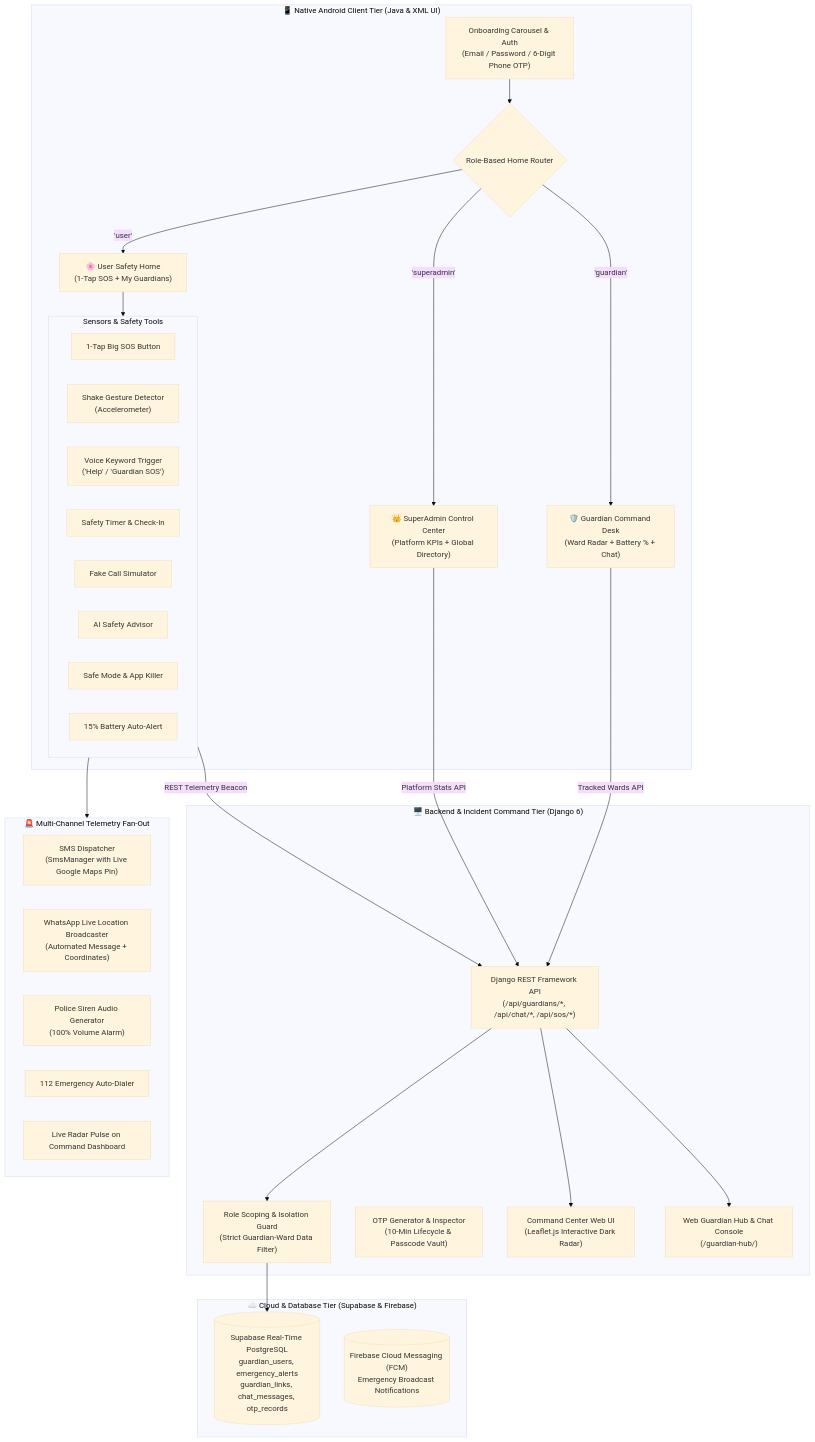
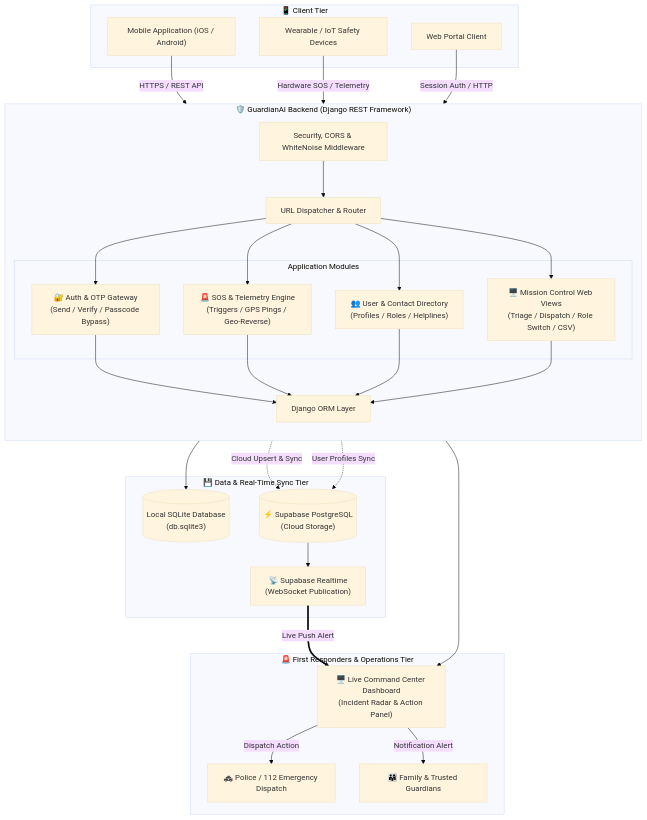
One commit to satyakiran29/GuardianAI_Backend changed the first of 2 diagrams in README.md. Above: the diagram before and after it, drawn with Mermaid (base theme). The commit also changed other lines of this file and 2 other files, not shown here.

First line of the commit message:
Refresh docs and backend URL

````diff
--- a/README.md
+++ b/README.md
@@ -117,51 +51,58 @@
 ```mermaid
-graph TB
-    subgraph ClientTier ["📱 Native Android Client Tier (Java & XML UI)"]
-        A1["Onboarding Carousel & Auth<br/>(Email / Password / 6-Digit Phone OTP)"] --> Router{"Role-Based Home Router"}
-        Router -->|'user'| UH["🌸 User Safety Home<br/>(1-Tap SOS + My Guardians)"]
-        Router -->|'guardian'| GH["🛡️ Guardian Command Desk<br/>(Ward Radar + Battery % + Chat)"]
-        Router -->|'superadmin'| SH["👑 SuperAdmin Control Center<br/>(Platform KPIs + Global Directory)"]
-        
-        subgraph SafetyEngines ["Sensors & Safety Tools"]
-            S1["1-Tap Big SOS Button"]
-            S2["Shake Gesture Detector<br/>(Accelerometer)"]
-            S3["Voice Keyword Trigger<br/>('Help' / 'Guardian SOS')"]
-            S4["Safety Timer & Check-In"]
-            S5["Fake Call Simulator"]
-            S6["AI Safety Advisor"]
-            S7["Safe Mode & App Killer"]
-            S8["15% Battery Auto-Alert"]
-        end
-        UH --> SafetyEngines
+flowchart TB
+    subgraph CLIENTS["📱 Client Tier"]
+        MA["Mobile Application (iOS / Android)"]
+        IOT["Wearable / IoT Safety Devices"]
+        WEB_CLIENT["Web Portal Client"]
     end
 
-    subgraph BackendTier ["🖥️ Backend & Incident Command Tier (Django 6)"]
-        B1["Django REST Framework API<br/>(/api/guardians/*, /api/chat/*, /api/sos/*)"]
-        B2["Role Scoping & Isolation Guard<br/>(Strict Guardian-Ward Data Filter)"]
-        B3["OTP Generator & Inspector<br/>(10-Min Lifecycle & Passcode Vault)"]
-        B4["Command Center Web UI<br/>(Leaflet.js Interactive Dark Radar)"]
-        B5["Web Guardian Hub & Chat Console<br/>(/guardian-hub/)"]
+    subgraph API_GATEWAY["🛡️ GuardianAI Backend (Django REST Framework)"]
+        direction TB
+        MW["Security, CORS & WhiteNoise Middleware"]
+        ROUTER["URL Dispatcher & Router"]
+        
+        subgraph CORE_APPS["Application Modules"]
+            AUTH["🔐 Auth & OTP Gateway<br/>(Send / Verify / Passcode Bypass)"]
+            SOS_ENGINE["🚨 SOS & Telemetry Engine<br/>(Triggers / GPS Pings / Geo-Reverse)"]
+            MGMT["👥 User & Contact Directory<br/>(Profiles / Roles / Helplines)"]
+            DASH_ENGINE["🖥️ Mission Control Web Views<br/>(Triage / Dispatch / Role Switch / CSV)"]
+        end
+
+        DB_ORM["Django ORM Layer"]
     end
 
-    subgraph CloudTier ["☁️ Cloud & Database Tier (Supabase & Firebase)"]
-        C1[("Supabase Real-Time PostgreSQL<br/>guardian_users, emergency_alerts<br/>guardian_links, chat_messages, otp_records")]
-        C2[("Firebase Cloud Messaging (FCM)<br/>Emergency Broadcast Notifications")]
+    subgraph PERSISTENCE["💾 Data & Real-Time Sync Tier"]
+        SQLITE[("Local SQLite Database<br/>(db.sqlite3)")]
+        SUPABASE[("⚡ Supabase PostgreSQL<br/>(Cloud Storage)")]
+        REALTIME["📡 Supabase Realtime<br/>(WebSocket Publication)"]
     end
 
-    subgraph DispatchChannels ["🚨 Multi-Channel Telemetry Fan-Out"]
-        D1["SMS Dispatcher<br/>(SmsManager with Live Google Maps Pin)"]
-        D2["WhatsApp Live Location Broadcaster<br/>(Automated Message + Coordinates)"]
-        D3["Police Siren Audio Generator<br/>(100% Volume Alarm)"]
-        D4["112 Emergency Auto-Dialer"]
-        D5["Live Radar Pulse on Command Dashboard"]
+    subgraph RESPONDERS["🚨 First Responders & Operations Tier"]
+        DASHBOARD["🖥️ Live Command Center Dashboard<br/>(Incident Radar & Action Panel)"]
+        POLICE["🚓 Police / 112 Emergency Dispatch"]
+        GUARDIANS["👨‍👩‍👧 Family & Trusted Guardians"]
     end
 
-    %% Wiring
-    SafetyEngines -->|REST Telemetry Beacon| B1
-    GH -->|Tracked Wards API| B1
-    SH -->|Platform Stats API| B1
-    B1 --> B2 --> C1
-    B1 --> B4
-    B1 --> B5
-    SafetyEngines --> DispatchChannels
+    %% Client to Backend
+    MA -->|HTTPS / REST API| MW
+    IOT -->|Hardware SOS / Telemetry| MW
+    WEB_CLIENT -->|Session Auth / HTTP| MW
+    MW --> ROUTER
+    ROUTER --> AUTH
+    ROUTER --> SOS_ENGINE
+    ROUTER --> MGMT
+    ROUTER --> DASH_ENGINE
+
+    %% Backend to Database & Supabase
+    AUTH & SOS_ENGINE & MGMT & DASH_ENGINE --> DB_ORM
+    DB_ORM --> SQLITE
+    SOS_ENGINE -.->|Cloud Upsert & Sync| SUPABASE
+    MGMT -.->|User Profiles Sync| SUPABASE
+    SUPABASE --> REALTIME
+
+    %% Realtime to Operations
+    REALTIME ==>|Live Push Alert| DASHBOARD
+    DASH_ENGINE --> DASHBOARD
+    DASHBOARD -->|Dispatch Action| POLICE
+    DASHBOARD -->|Notification Alert| GUARDIANS
 ```
````
